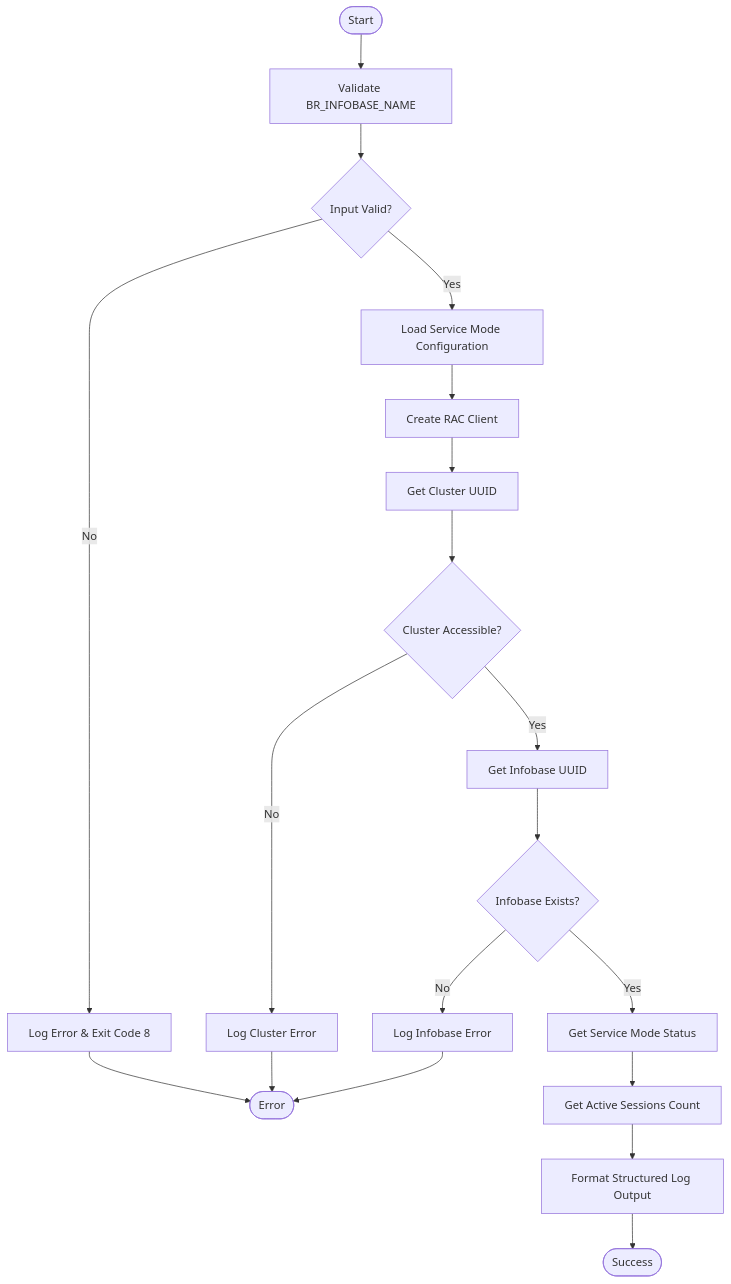
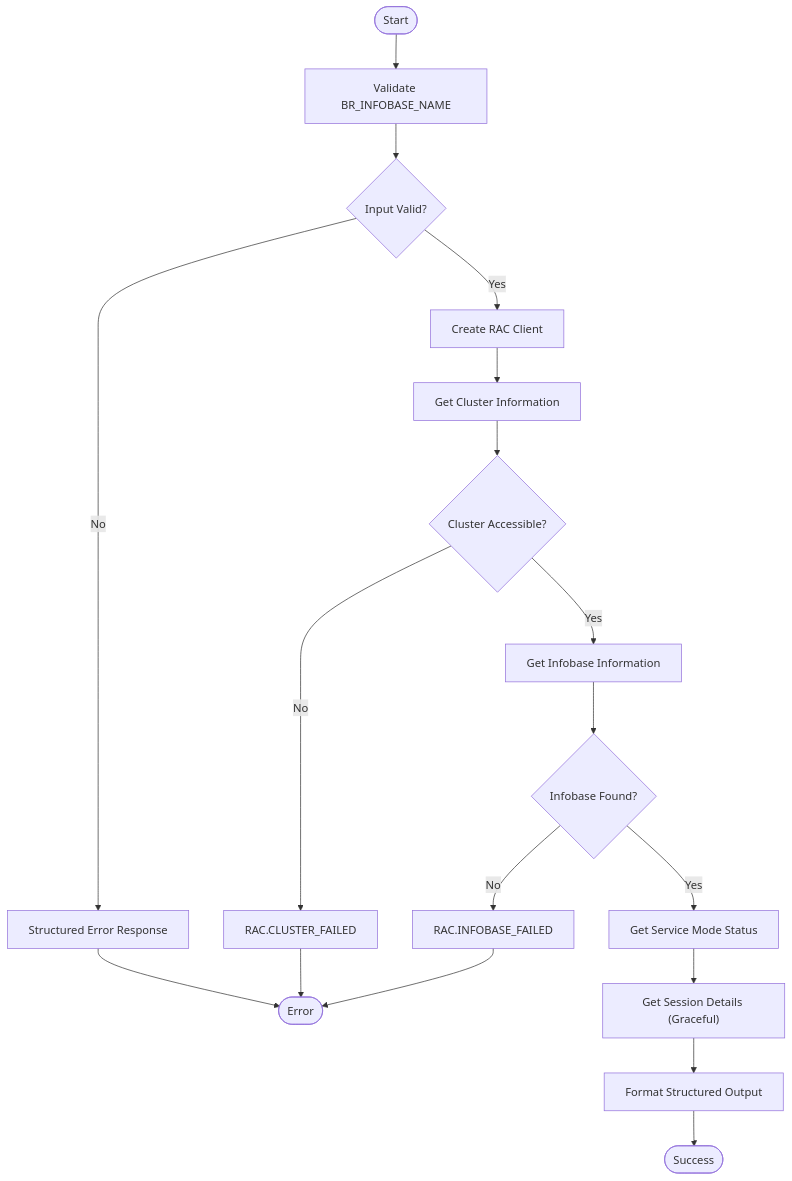
The second of 2 diagrams in .qoder/repowiki/en/content/Command Reference/Service Mode Commands/Check Service Mode Status.md (Kargones/apk-ci), drawn with Mermaid before and after one commit. The commit also changed other lines of this file and 2036 other files, not shown here.

````diff
--- a/.qoder/repowiki/en/content/Command Reference/Service Mode Commands/Check Service Mode Status.md
+++ b/.qoder/repowiki/en/content/Command Reference/Service Mode Commands/Check Service Mode Status.md
@@ -92,21 +105,20 @@
 ```mermaid
 flowchart TD
 Start([Start]) --> ValidateInput["Validate BR_INFOBASE_NAME"]
 ValidateInput --> InputValid{"Input Valid?"}
-InputValid --> |No| ReturnError["Log Error & Exit Code 8"]
-InputValid --> |Yes| LoadConfig["Load Service Mode Configuration"]
-LoadConfig --> CreateClient["Create RAC Client"]
-CreateClient --> GetClusterUUID["Get Cluster UUID"]
-GetClusterUUID --> ClusterValid{"Cluster Accessible?"}
-ClusterValid --> |No| HandleClusterError["Log Cluster Error"]
-ClusterValid --> |Yes| GetInfobaseUUID["Get Infobase UUID"]
-GetInfobaseUUID --> InfobaseValid{"Infobase Exists?"}
-InfobaseValid --> |No| HandleInfobaseError["Log Infobase Error"]
-InfobaseValid --> |Yes| GetStatus["Get Service Mode Status"]
-GetStatus --> GetSessions["Get Active Sessions Count"]
-GetSessions --> FormatOutput["Format Structured Log Output"]
+InputValid --> |No| ReturnError["Structured Error Response"]
+InputValid --> |Yes| CreateClient["Create RAC Client"]
+CreateClient --> GetClusterInfo["Get Cluster Information"]
+GetClusterInfo --> ClusterValid{"Cluster Accessible?"}
+ClusterValid --> |No| ClusterError["RAC.CLUSTER_FAILED"]
+ClusterValid --> |Yes| GetInfobaseInfo["Get Infobase Information"]
+GetInfobaseInfo --> InfobaseValid{"Infobase Found?"}
+InfobaseValid --> |No| InfobaseError["RAC.INFOBASE_FAILED"]
+InfobaseValid --> |Yes| GetServiceMode["Get Service Mode Status"]
+GetServiceMode --> GetSessions["Get Session Details (Graceful)"]
+GetSessions --> FormatOutput["Format Structured Output"]
 FormatOutput --> SuccessEnd([Success])
-HandleClusterError --> ErrorEnd([Error])
-HandleInfobaseError --> ErrorEnd
+ClusterError --> ErrorEnd([Error])
+InfobaseError --> ErrorEnd
 ReturnError --> ErrorEnd
 ```
````
